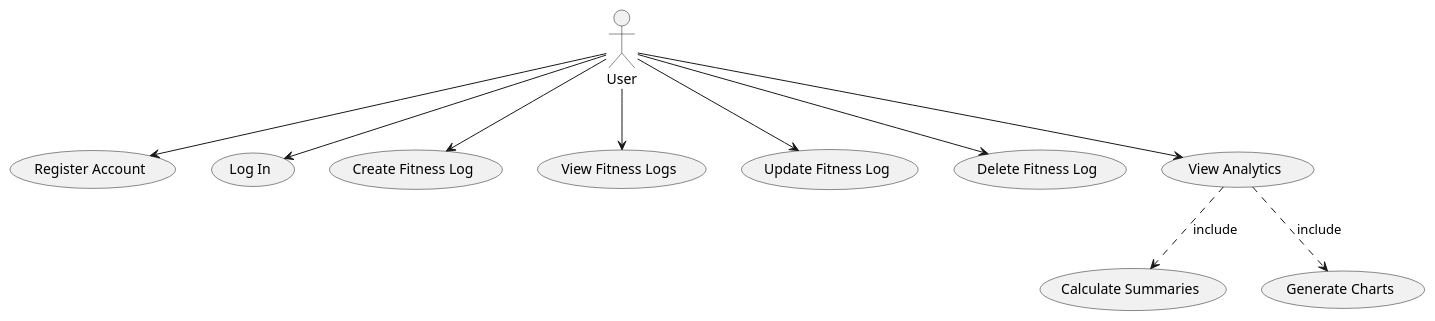
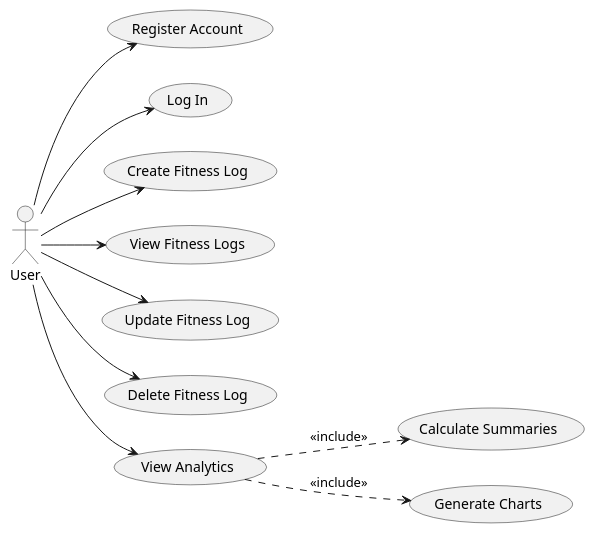
Before and after one commit to charlottedavidson524/Fitness_App: the diagram in docs/uml/use_case.puml, drawn with PlantUML. The commit also changed other lines of this file, not shown here.

Commit message:
Updated UML.

```diff
--- a/docs/uml/use_case.puml
+++ b/docs/uml/use_case.puml
@@ -2,20 +1,18 @@
-@startuml usecaseDiagram
-    actor User
+@startuml useCaseDiagram
+left to right direction
+skinparam packageStyle rectangle
 
+actor User
 
-    User --> (Register Account)
-    User --> (Log In)
+User --> (Register Account)
+User --> (Log In)
+User --> (Create Fitness Log)
+User --> (View Fitness Logs)
+User --> (Update Fitness Log)
+User --> (Delete Fitness Log)
+User --> (View Analytics)
 
+(View Analytics) ..> (Calculate Summaries) : <<include>>
+(View Analytics) ..> (Generate Charts) : <<include>>
 
-    User --> (Create Fitness Log)
-    User --> (View Fitness Logs)
-    User --> (Update Fitness Log)
-    User --> (Delete Fitness Log)
-
-
-    User --> (View Analytics)
-
-
-    (View Analytics) ..> (Calculate Summaries) : include
-    (View Analytics) ..> (Generate Charts) : include
 @enduml
```
